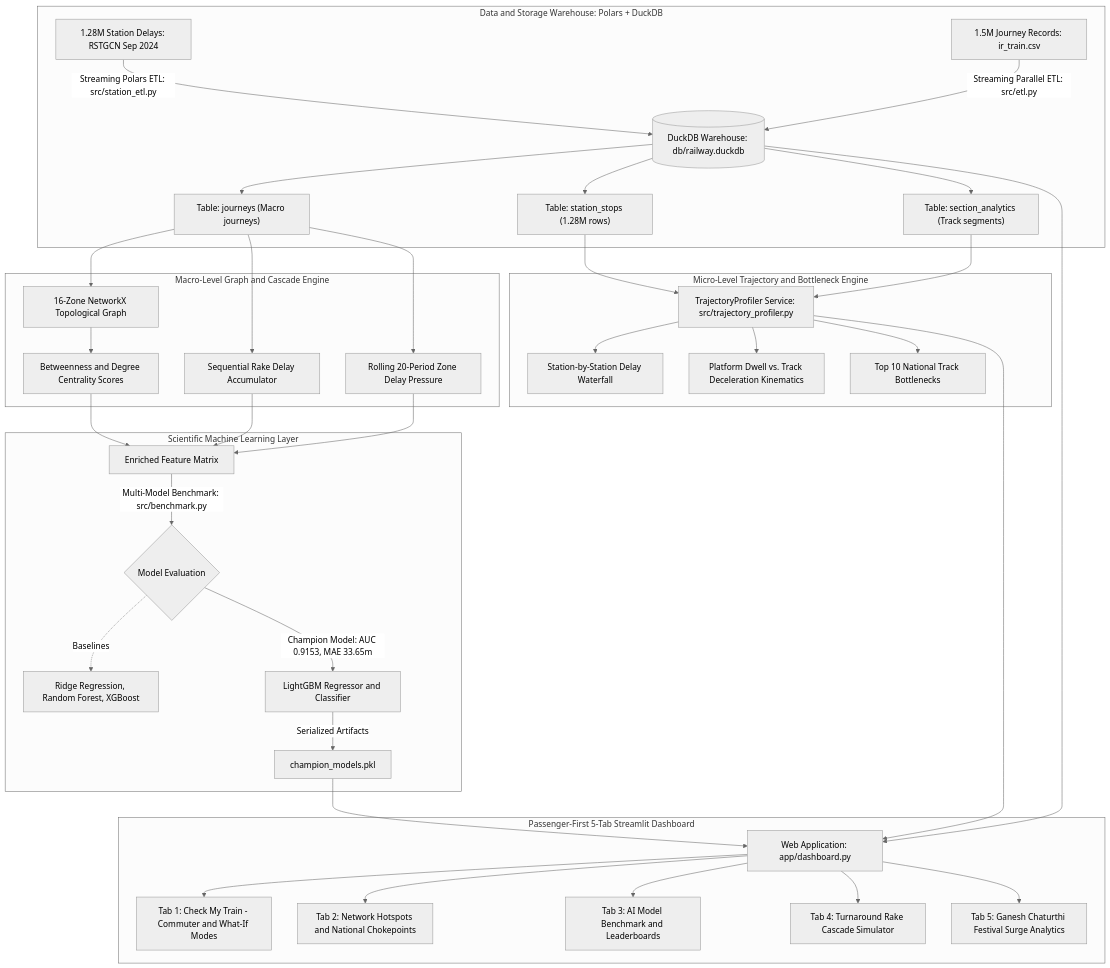
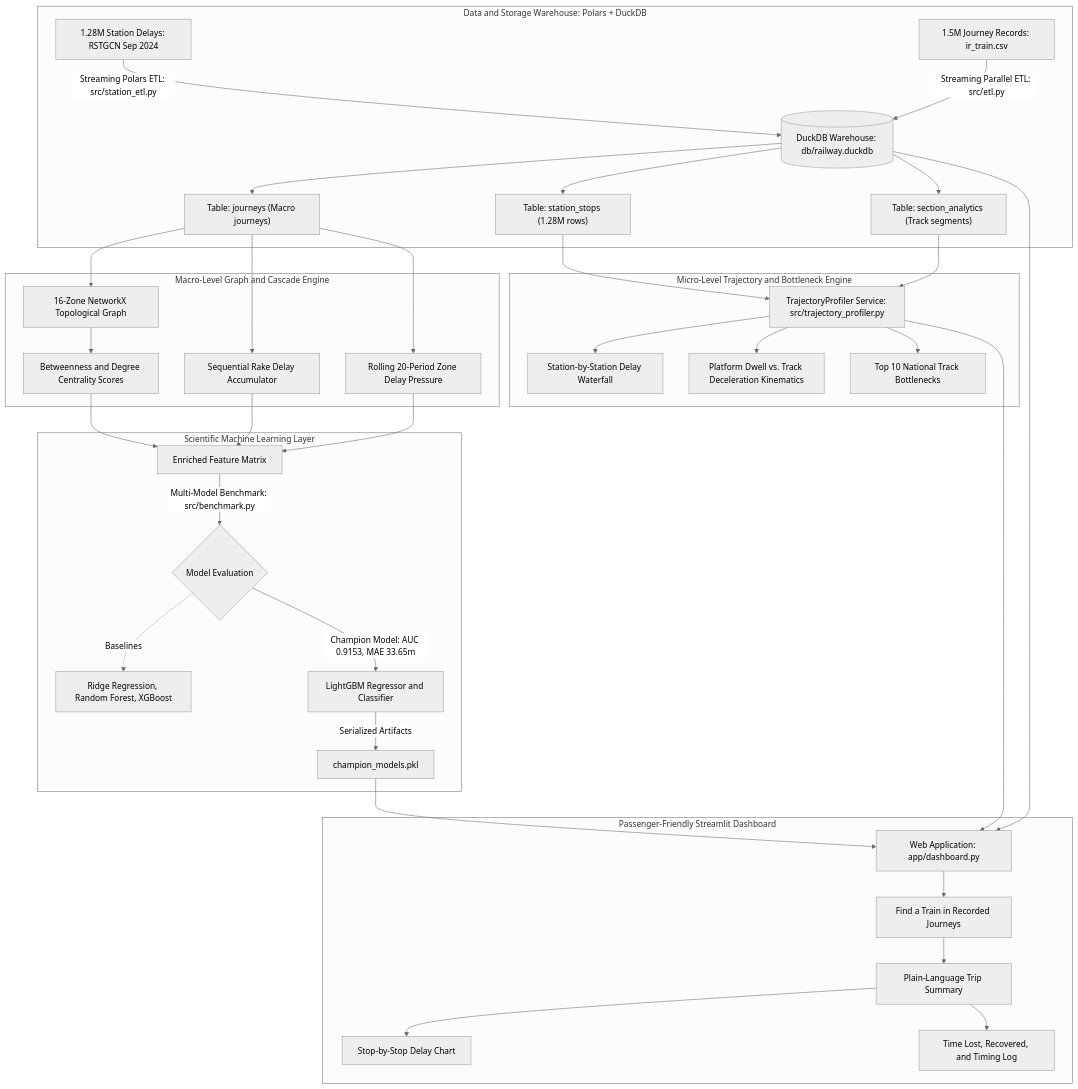
One commit to laluni/Indian-railway-delay-prediction-system changed the first of 2 diagrams in docs/ARCHITECTURE_AND_WORKFLOW.md. Above: the diagram before and after it, drawn with Mermaid (neutral theme). The commit also changed other lines of this file and 4 other files, not shown here.

````diff
--- a/docs/ARCHITECTURE_AND_WORKFLOW.md
+++ b/docs/ARCHITECTURE_AND_WORKFLOW.md
@@ -7,41 +7,40 @@
 ```mermaid
 flowchart TD
     subgraph Data_Layer ["Data and Storage Warehouse: Polars + DuckDB"]
         A1["1.28M Station Delays: RSTGCN Sep 2024"] -->|Streaming Polars ETL: src/station_etl.py| B[("DuckDB Warehouse: db/railway.duckdb")]
         A2["1.5M Journey Records: ir_train.csv"] -->|Streaming Parallel ETL: src/etl.py| B
         B --> C1["Table: station_stops (1.28M rows)"]
         B --> C2["Table: section_analytics (Track segments)"]
         B --> C3["Table: journeys (Macro journeys)"]
     end
 
     subgraph Kinematics_Engine ["Micro-Level Trajectory and Bottleneck Engine"]
         C1 & C2 --> D1["TrajectoryProfiler Service: src/trajectory_profiler.py"]
         D1 --> E1["Station-by-Station Delay Waterfall"]
         D1 --> E2["Platform Dwell vs. Track Deceleration Kinematics"]
         D1 --> E3["Top 10 National Track Bottlenecks"]
     end
 
     subgraph Feature_Engineering ["Macro-Level Graph and Cascade Engine"]
         C3 --> F1["16-Zone NetworkX Topological Graph"]
         F1 --> F2["Betweenness and Degree Centrality Scores"]
         C3 --> F3["Sequential Rake Delay Accumulator"]
         C3 --> F4["Rolling 20-Period Zone Delay Pressure"]
     end
 
     subgraph AI_Modeling ["Scientific Machine Learning Layer"]
         F2 & F3 & F4 --> G["Enriched Feature Matrix"]
         G -->|Multi-Model Benchmark: src/benchmark.py| H{"Model Evaluation"}
         H -.->|Baselines| I["Ridge Regression, Random Forest, XGBoost"]
         H -->|Champion Model: AUC 0.9153, MAE 33.65m| J["LightGBM Regressor and Classifier"]
         J -->|Serialized Artifacts| K["champion_models.pkl"]
     end
 
-    subgraph Presentation ["Passenger-First 5-Tab Streamlit Dashboard"]
+    subgraph Presentation ["Passenger-Friendly Streamlit Dashboard"]
         K & D1 & B --> L["Web Application: app/dashboard.py"]
-        L --> M1["Tab 1: Check My Train - Commuter and What-If Modes"]
-        L --> M2["Tab 2: Network Hotspots and National Chokepoints"]
-        L --> M3["Tab 3: AI Model Benchmark and Leaderboards"]
-        L --> M4["Tab 4: Turnaround Rake Cascade Simulator"]
-        L --> M5["Tab 5: Ganesh Chaturthi Festival Surge Analytics"]
+        L --> M1["Find a Train in Recorded Journeys"]
+        M1 --> M2["Plain-Language Trip Summary"]
+        M2 --> M3["Stop-by-Stop Delay Chart"]
+        M2 --> M4["Time Lost, Recovered, and Timing Log"]
     end
 ```
````
